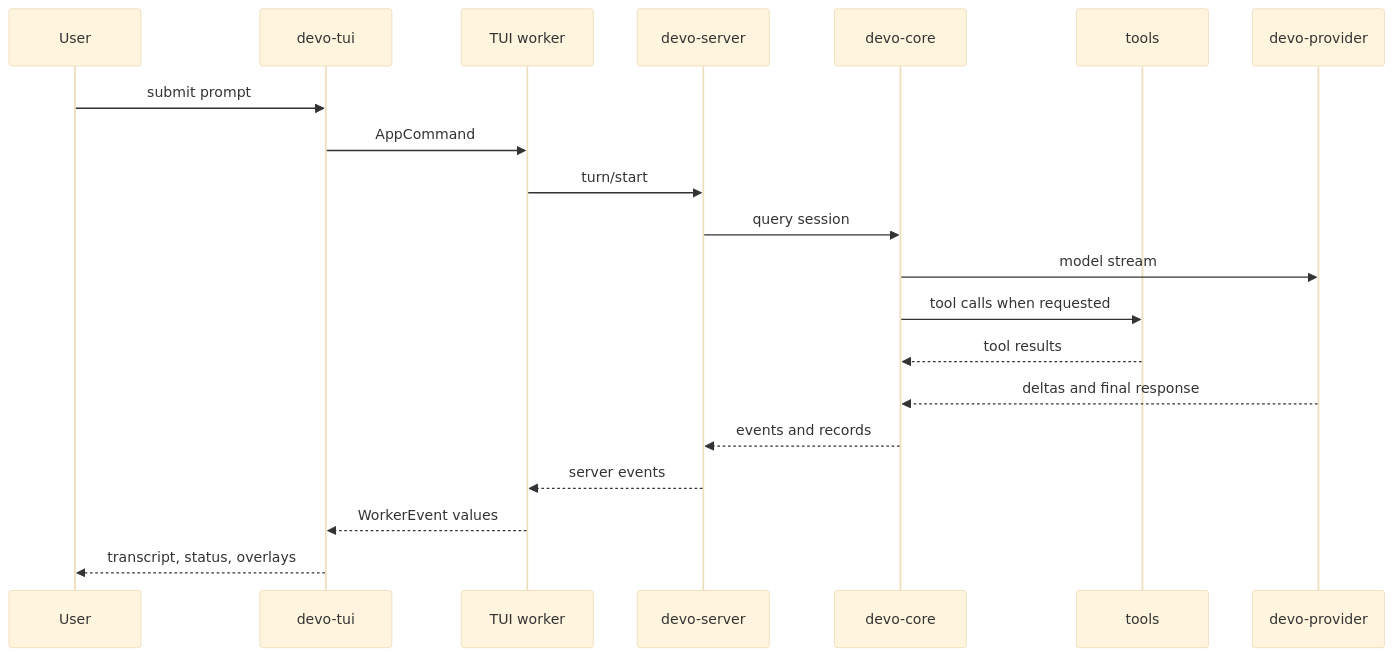
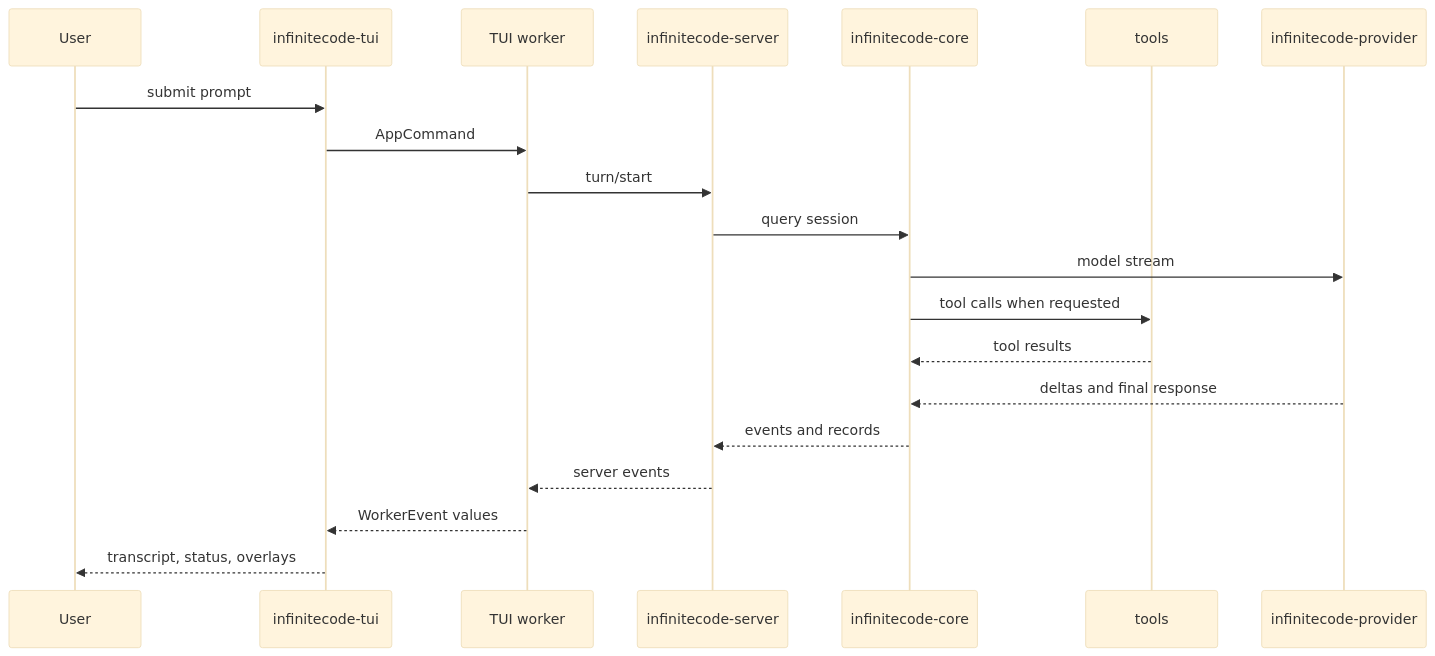
One commit to AFS-Agentics/InfiniteCode changed the diagram in apps/docs/content/docs/contributors/runtime-flow.mdx. Above: the diagram before and after it, drawn with Mermaid (base theme). The commit also changed other lines of this file and 958 other files, not shown here.

````diff
--- a/apps/docs/content/docs/contributors/runtime-flow.mdx
+++ b/apps/docs/content/docs/contributors/runtime-flow.mdx
@@ -10,23 +10,23 @@
 ```mermaid
 sequenceDiagram
   participant User
-  participant TUI as devo-tui
+  participant TUI as infinitecode-tui
   participant Worker as TUI worker
-  participant Server as devo-server
-  participant Core as devo-core
+  participant Server as infinitecode-server
+  participant Core as infinitecode-core
   participant Tools as tools
-  participant Provider as devo-provider
+  participant Provider as infinitecode-provider
 
   User->>TUI: submit prompt
   TUI->>Worker: AppCommand
   Worker->>Server: turn/start
   Server->>Core: query session
   Core->>Provider: model stream
   Core->>Tools: tool calls when requested
   Tools-->>Core: tool results
   Provider-->>Core: deltas and final response
   Core-->>Server: events and records
   Server-->>Worker: server events
   Worker-->>TUI: WorkerEvent values
   TUI-->>User: transcript, status, overlays
 ```
````
